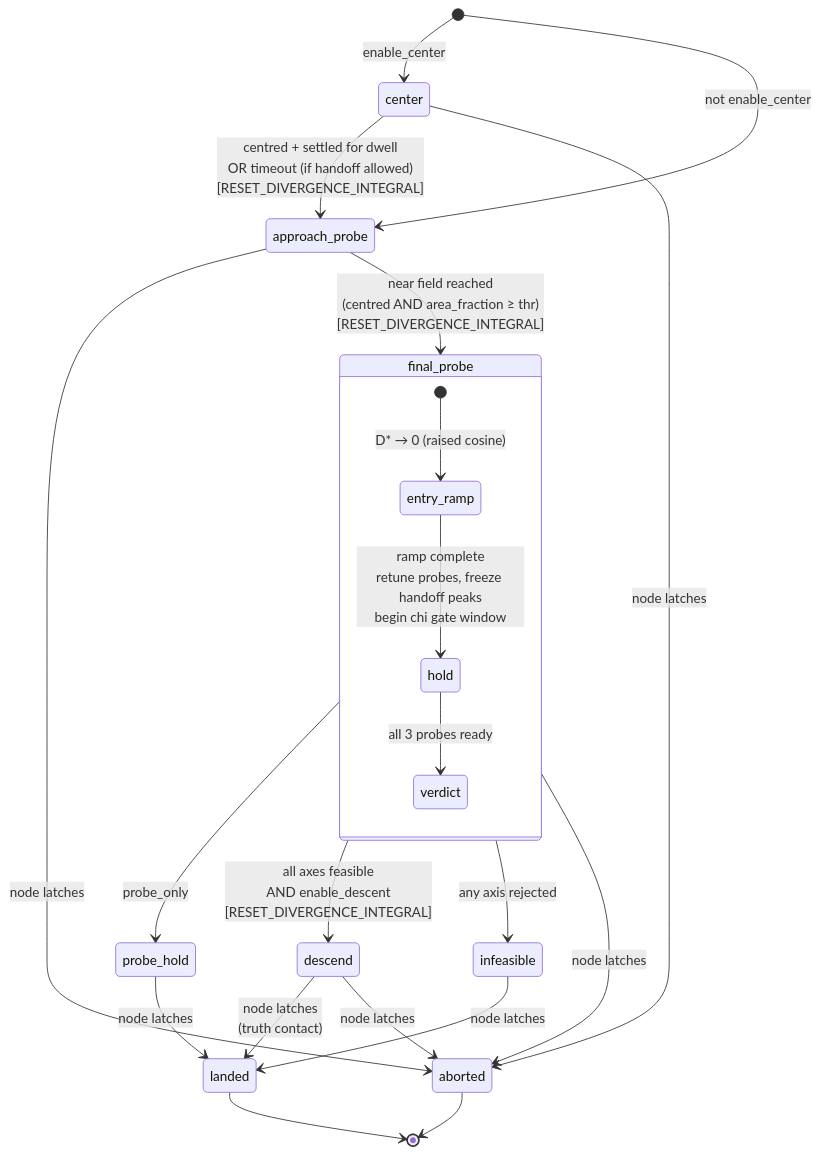
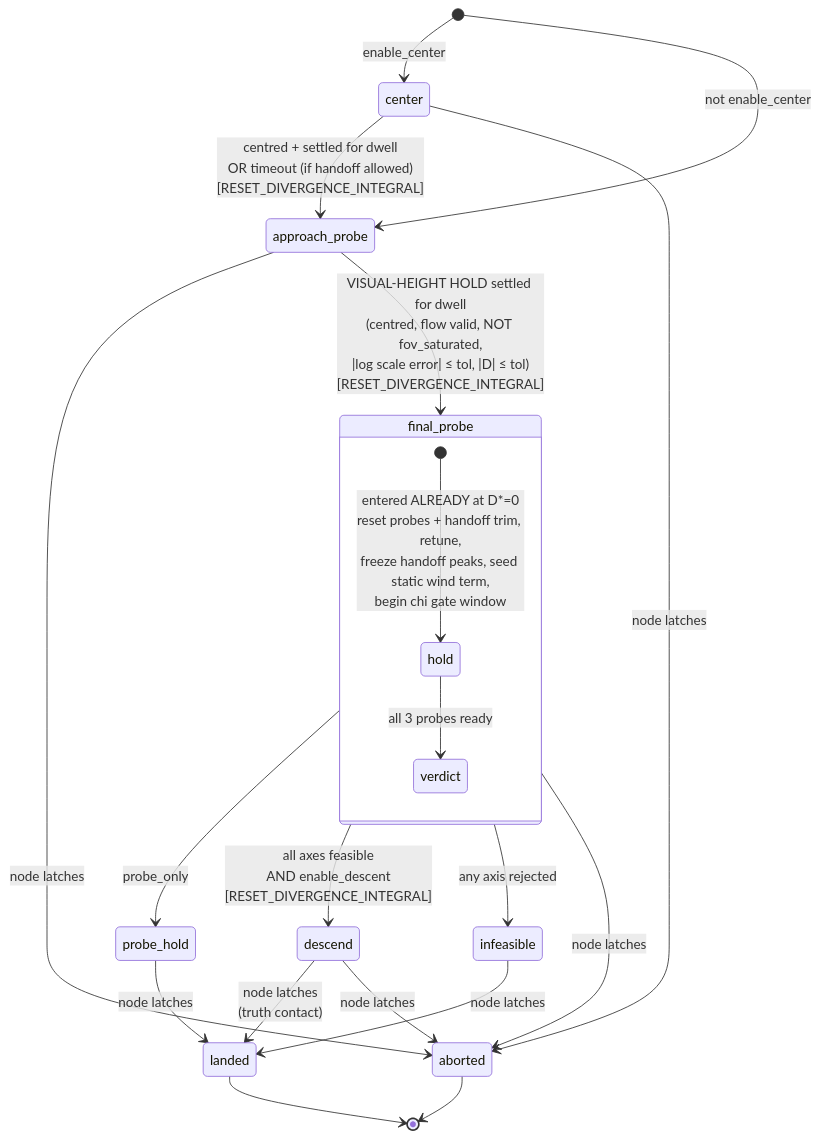
The sixth of 7 diagrams in Controller_logic/README_controller_logic.md (Berffe/OdometryMaxxing), drawn with Mermaid before and after one commit. The commit also changed other lines of this file and 8 other files, not shown here.

Commit message:
New wind alterations live. Also added a mask to remove the landing gear from image. For the next step, a smoother hand-off from the APPROACH_PROBE to FINAL_PROBE is being designed to guarantee a better centering during probe phases.

````diff
--- a/Controller_logic/README_controller_logic.md
+++ b/Controller_logic/README_controller_logic.md
@@ -624,30 +717,29 @@
 ```mermaid
 stateDiagram-v2
     [*] --> center: enable_center
     [*] --> approach_probe: not enable_center
 
     center --> approach_probe: centred + settled for dwell<br/>OR timeout (if handoff allowed)<br/>[RESET_DIVERGENCE_INTEGRAL]
-    approach_probe --> final_probe: near field reached<br/>(centred AND area_fraction ≥ thr)<br/>[RESET_DIVERGENCE_INTEGRAL]
+    approach_probe --> final_probe: VISUAL-HEIGHT HOLD settled for dwell<br/>(centred, flow valid, NOT fov_saturated,<br/>|log scale error| ≤ tol, |D| ≤ tol)<br/>[RESET_DIVERGENCE_INTEGRAL]
 
     state final_probe {
-        [*] --> entry_ramp: D* → 0 (raised cosine)
-        entry_ramp --> hold: ramp complete<br/>retune probes, freeze handoff peaks<br/>begin chi gate window
+        [*] --> hold: entered ALREADY at D*=0<br/>reset probes + handoff trim, retune,<br/>freeze handoff peaks, seed static wind term,<br/>begin chi gate window
         hold --> verdict: all 3 probes ready
     }
 
     final_probe --> probe_hold: probe_only
     final_probe --> descend: all axes feasible<br/>AND enable_descent<br/>[RESET_DIVERGENCE_INTEGRAL]
     final_probe --> infeasible: any axis rejected
 
     descend --> landed: node latches<br/>(truth contact)
     probe_hold --> landed: node latches
     infeasible --> landed: node latches
 
     center --> aborted: node latches
     approach_probe --> aborted: node latches
     final_probe --> aborted: node latches
     descend --> aborted: node latches
 
     landed --> [*]
     aborted --> [*]
 ```
````
